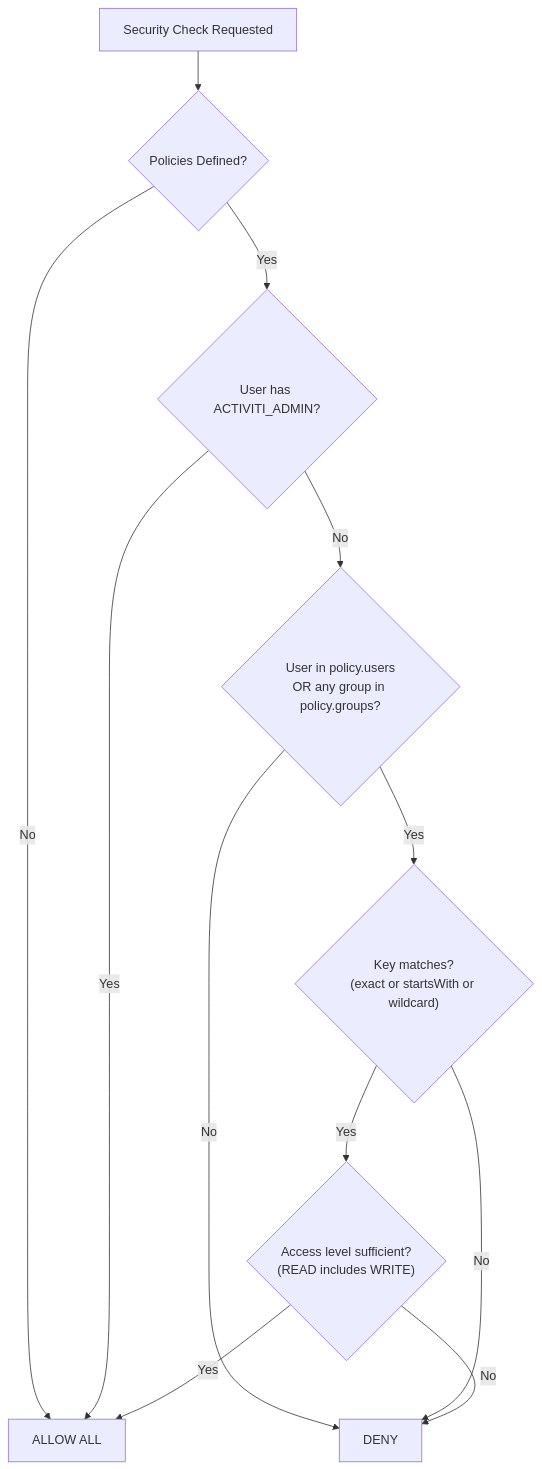
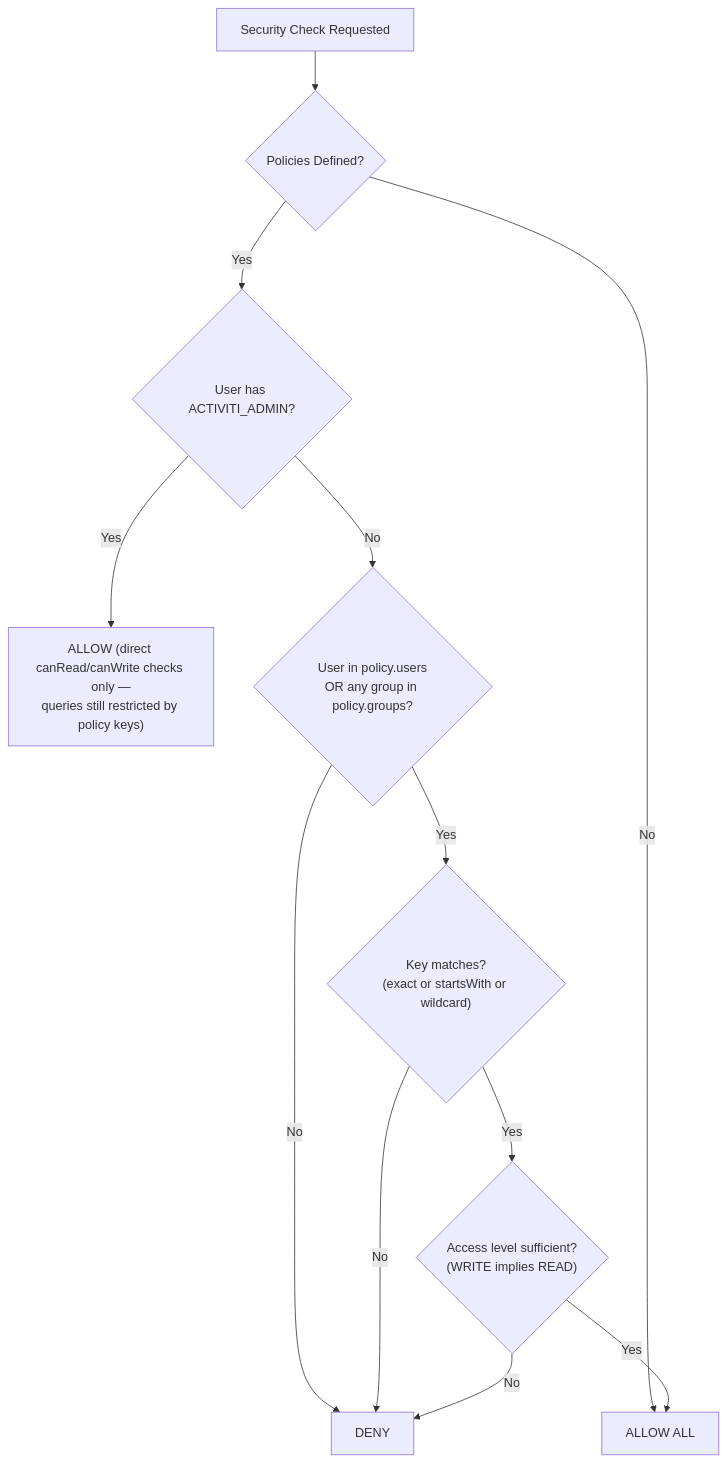
One commit to CaptainGlac1er/activiti-documentation changed the second of 2 diagrams in docs/advanced/security-policies.md. Above: the diagram before and after it, drawn with Mermaid. The commit also changed other lines of this file and 72 other files, not shown here.

````diff
--- a/docs/advanced/security-policies.md
+++ b/docs/advanced/security-policies.md
@@ -146,14 +146,14 @@
 ```mermaid
 graph TD
     A["Security Check Requested"] --> B{"Policies Defined?"}
     B -- No --> C["ALLOW ALL"]
     B -- Yes --> D{"User has ACTIVITI_ADMIN?"}
-    D -- Yes --> C
+    D -- Yes --> C2["ALLOW (direct canRead/canWrite checks only —<br/>queries still restricted by policy keys)"]
     D -- No --> E{"User in policy.users<br/>OR any group in policy.groups?"}
     E -- No --> F["DENY"]
     E -- Yes --> G{"Key matches?<br/>(exact or startsWith or wildcard)"}
     G -- No --> F
-    G -- Yes --> H{"Access level sufficient?<br/>(READ includes WRITE)"}
+    G -- Yes --> H{"Access level sufficient?<br/>(WRITE implies READ)"}
     H -- No --> F
     H -- Yes --> C
 ```
````
